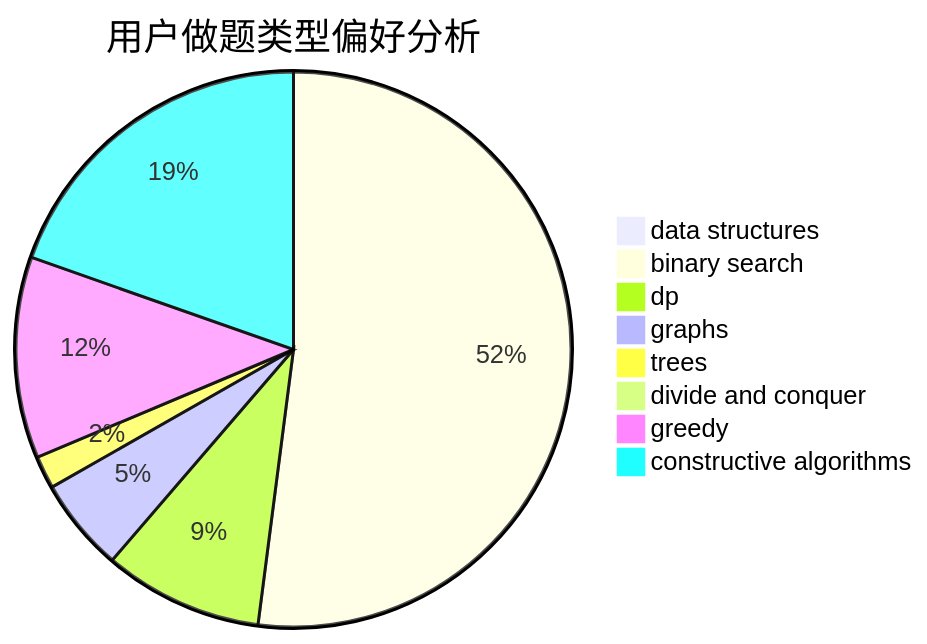
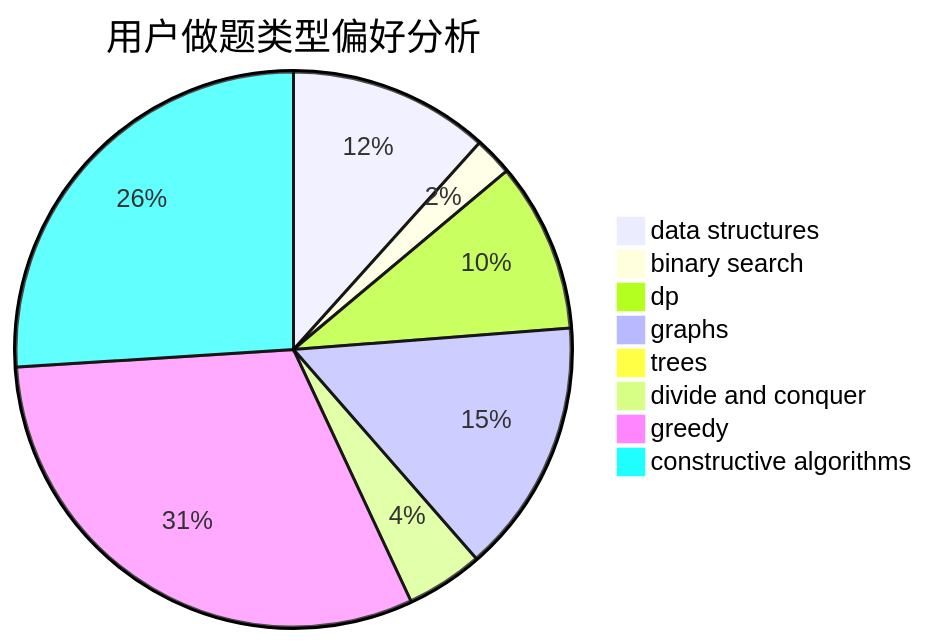
One commit to sherpahu/cfrs.github.io changed the second of 3 diagrams in docs/user/u1647.md. Above: the diagram before and after it, drawn with Mermaid. The commit also changed other lines of this file and 2770 other files, not shown here.

````diff
--- a/docs/user/u1647.md
+++ b/docs/user/u1647.md
@@ -23,11 +23,11 @@
 ```mermaid
 pie title 用户做题类型偏好分析
-    "data structures" :  3
-    "binary search" :  191
-    "dp" :  34
-    "graphs" :  20
-    "trees" :  7
-    "divide and conquer" :  0
-    "greedy" :  43
-    "constructive algorithms" :  72
+    "data structures" :  26
+    "binary search" :  5
+    "dp" :  22
+    "graphs" :  33
+    "trees" :  0
+    "divide and conquer" :  10
+    "greedy" :  69
+    "constructive algorithms" :  58
 ```
````
